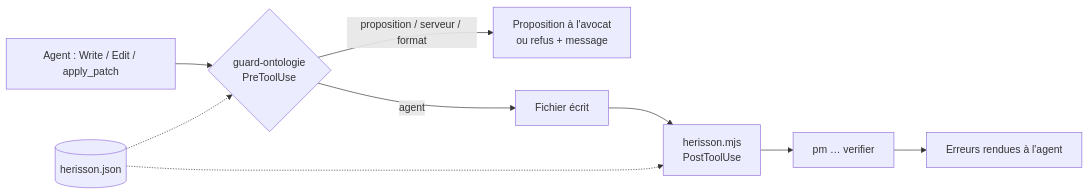
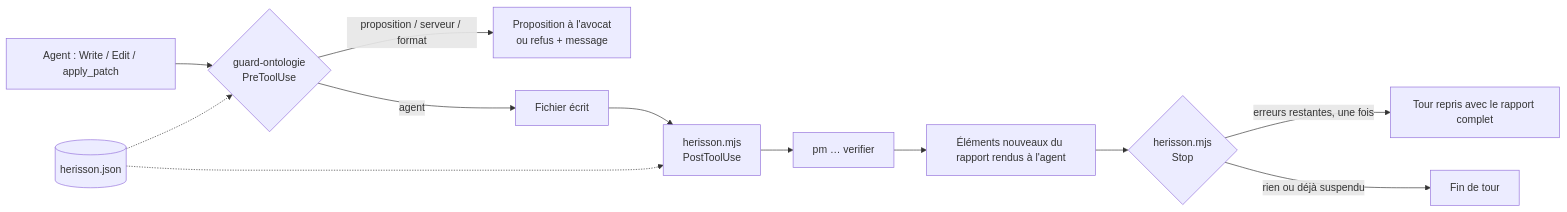
The diagram in docs/Le-Herisson.md (PieceMaker-Legal/piecemaker-droit-francais), drawn with Mermaid before and after one commit. The commit also changed other lines of this file and 19 other files, not shown here.

First line of the commit message:
feat(herisson): format avant écriture, rapport en delta, rapport complet en fin de tour

````diff
--- a/docs/Le-Herisson.md
+++ b/docs/Le-Herisson.md
@@ -31,11 +46,14 @@
 ```mermaid
 flowchart LR
   A[Agent : Write / Edit / apply_patch] --> P{guard-ontologie<br/>PreToolUse}
   P -- proposition / serveur / format --> R[Proposition à l'avocat<br/>ou refus + message]
   P -- agent --> W[Fichier écrit]
   W --> F[herisson.mjs<br/>PostToolUse]
   F --> V[pm … verifier]
-  V --> C[Erreurs rendues à l'agent]
+  V --> C[Éléments nouveaux du rapport rendus à l'agent]
+  C --> S{herisson.mjs<br/>Stop}
+  S -- erreurs restantes, une fois --> T[Tour repris avec le rapport complet]
+  S -- rien ou déjà suspendu --> E[Fin de tour]
   R2[(herisson.json)] -.-> P
   R2 -.-> F
 ```
````
